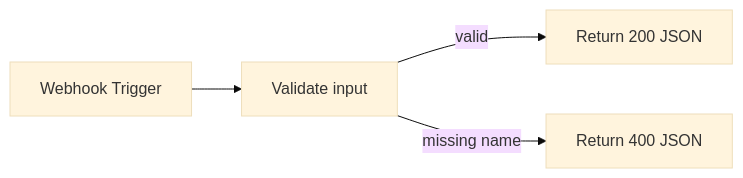
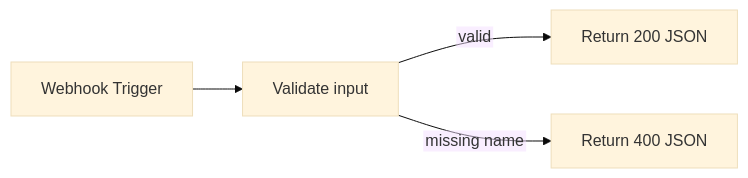
The diagram in docs/concepts/workflow-diagram.md (luisjguedes/docs-portfolio), drawn with Mermaid (base theme) before and after one commit.

````diff
--- a/docs/concepts/workflow-diagram.md
+++ b/docs/concepts/workflow-diagram.md
@@ -3,6 +3,7 @@
 ```mermaid
+%%{init: {"flowchart": {"htmlLabels": false}} }%%
 flowchart LR
   A[Webhook Trigger] --> B[Validate input]
   B -->|valid| C[Return 200 JSON]
   B -->|missing name| D[Return 400 JSON]
 ```
````
